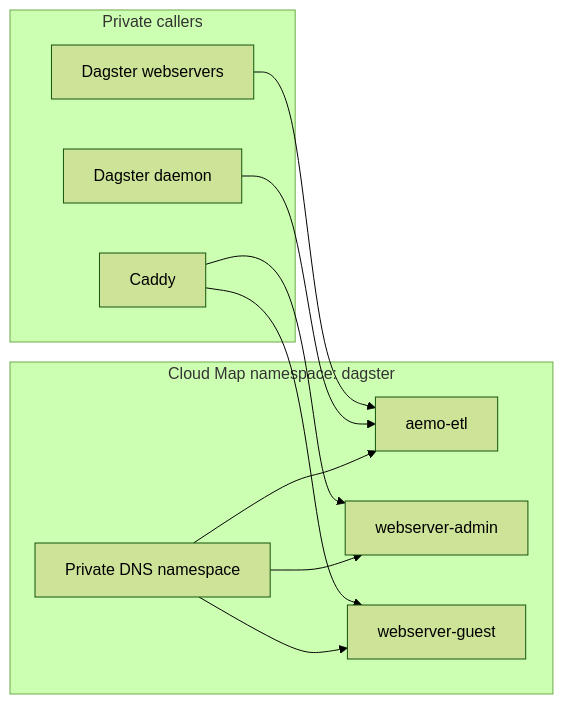
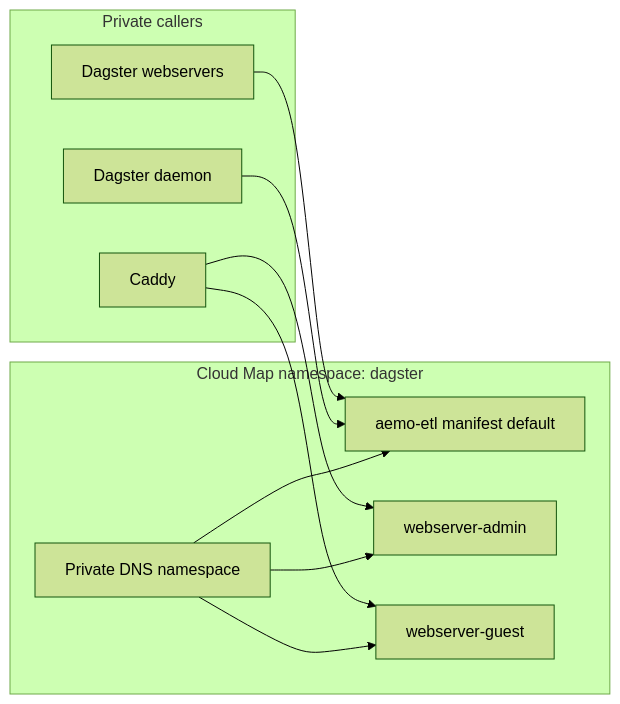
Before and after one commit to Chr1sC0de/energy-market-delta-lake: the second of 2 diagrams in infrastructure/aws-pulumi/docs/identity-and-discovery.md, drawn with Mermaid (forest theme). The commit also changed other lines of this file and 23 other files, not shown here.

````diff
--- a/infrastructure/aws-pulumi/docs/identity-and-discovery.md
+++ b/infrastructure/aws-pulumi/docs/identity-and-discovery.md
@@ -65,23 +66,23 @@
 ```mermaid
 flowchart LR
     subgraph CloudMap[Cloud Map namespace: dagster]
         NAMESPACE[Private DNS namespace]
-        UCODE[aemo-etl]
+        UCODE[aemo-etl manifest default]
         ADMIN[webserver-admin]
         GUEST[webserver-guest]
     end
 
     subgraph Callers[Private callers]
         CADDY[Caddy]
         WEB[Dagster webservers]
         DAEMON[Dagster daemon]
     end
 
     WEB --> UCODE
     DAEMON --> UCODE
     CADDY --> ADMIN
     CADDY --> GUEST
     NAMESPACE --> UCODE
     NAMESPACE --> ADMIN
     NAMESPACE --> GUEST
 ```
````
